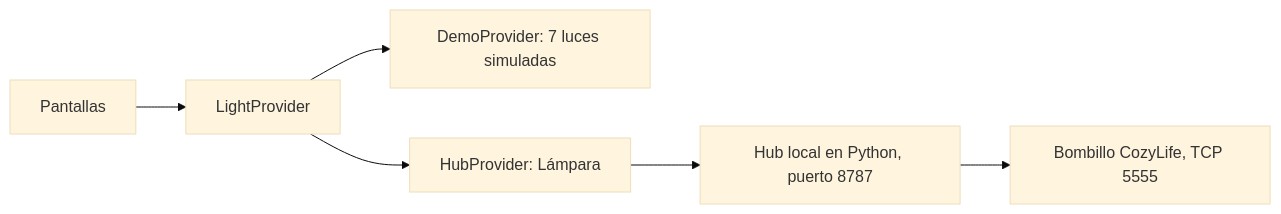
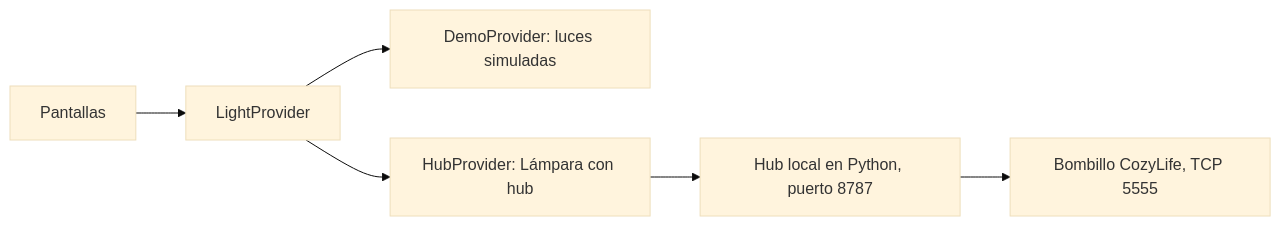
The third of 3 diagrams in docs/documentacion.md (AlePython-byte/lumina-wear), drawn with Mermaid (base theme) before and after one commit. The commit also changed other lines of this file, not shown here.

Commit message:
docs: documenta el primer uso, la gestión de luces y sus límites

````diff
--- a/docs/documentacion.md
+++ b/docs/documentacion.md
@@ -87,8 +118,8 @@
 ```mermaid
 flowchart LR
   UI[Pantallas] --> LP[LightProvider]
-  LP --> DP[DemoProvider: 7 luces simuladas]
-  LP --> HP[HubProvider: Lámpara]
+  LP --> DP[DemoProvider: luces simuladas]
+  LP --> HP[HubProvider: Lámpara con hub]
   HP --> HUB[Hub local en Python, puerto 8787]
   HUB --> B[Bombillo CozyLife, TCP 5555]
 ```
````
